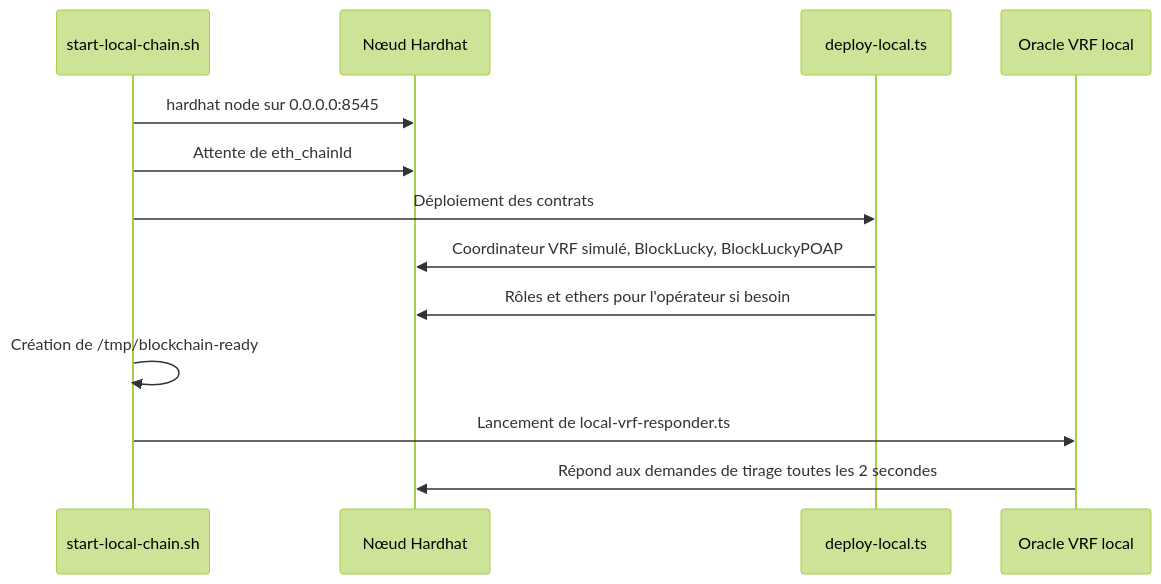
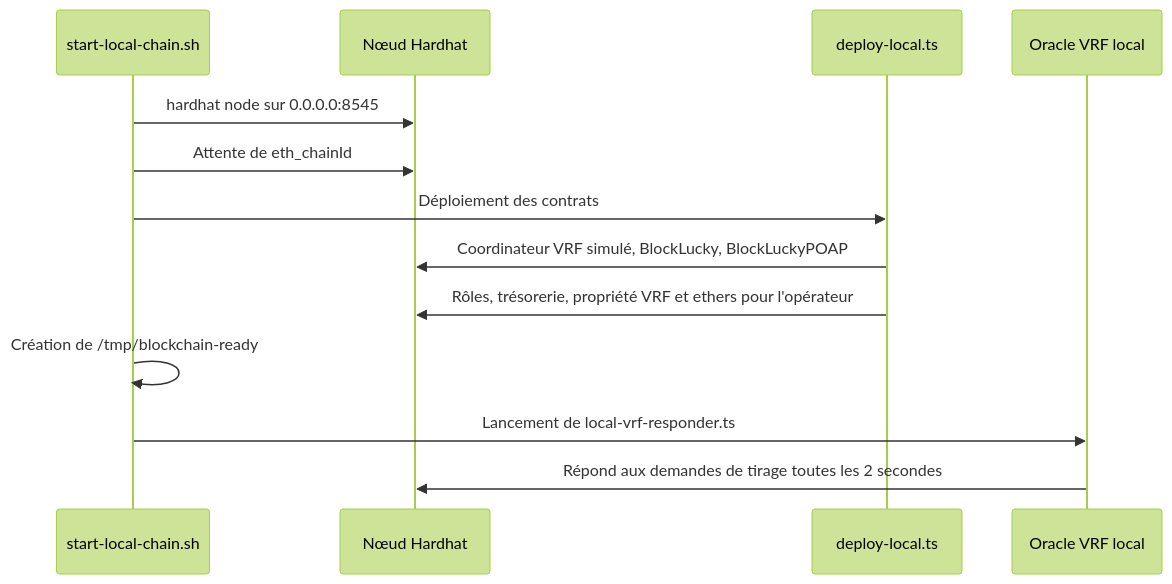
Before and after one commit to MarceauTDML/BlockLucky: the diagram in documentation-officielle/content/demarrage/infrastructure-locale.md, drawn with Mermaid (forest theme). The commit also changed other lines of this file and 402 other files, not shown here.

````diff
--- a/documentation-officielle/content/demarrage/infrastructure-locale.md
+++ b/documentation-officielle/content/demarrage/infrastructure-locale.md
@@ -57,15 +57,15 @@
 ```mermaid
 sequenceDiagram
     participant S as start-local-chain.sh
     participant N as Nœud Hardhat
     participant D as deploy-local.ts
     participant O as Oracle VRF local
     S->>N: hardhat node sur 0.0.0.0:8545
     S->>N: Attente de eth_chainId
     S->>D: Déploiement des contrats
     D->>N: Coordinateur VRF simulé, BlockLucky, BlockLuckyPOAP
-    D->>N: Rôles et ethers pour l'opérateur si besoin
+    D->>N: Rôles, trésorerie, propriété VRF et ethers pour l'opérateur
     S->>S: Création de /tmp/blockchain-ready
     S->>O: Lancement de local-vrf-responder.ts
     O->>N: Répond aux demandes de tirage toutes les 2 secondes
 ```
````
